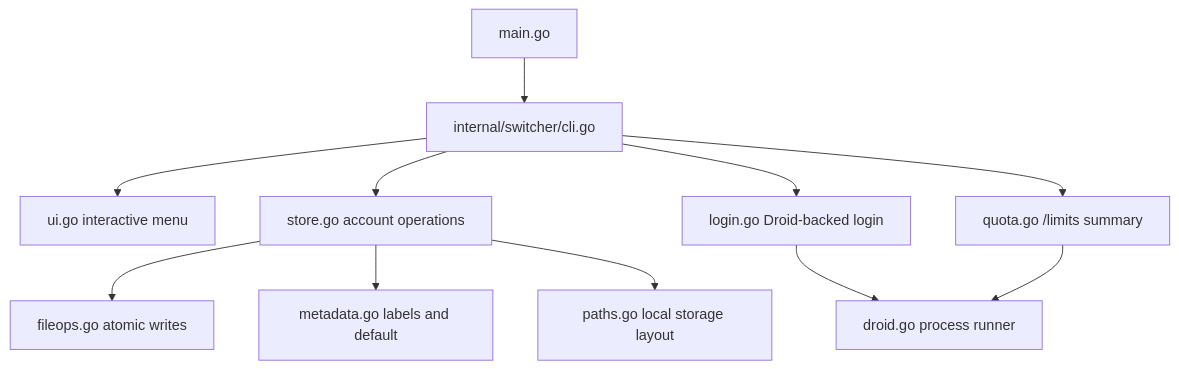
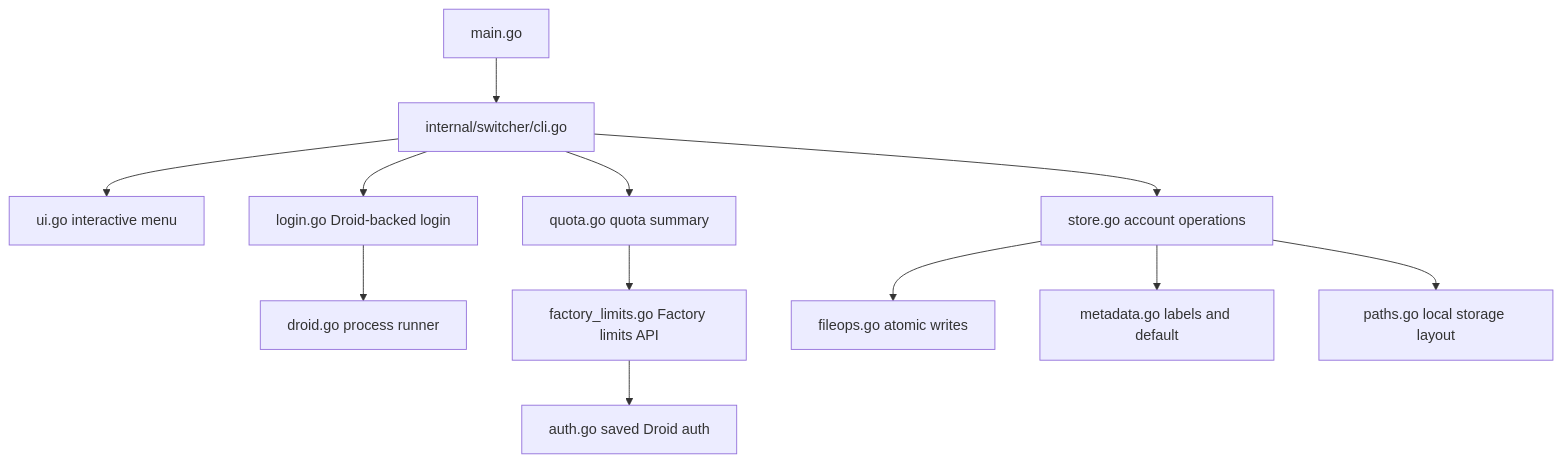
Before and after one commit to shariqriazz/droid-switcher: the diagram in docs/architecture.md, drawn with Mermaid. The commit also changed other lines of this file and 11 other files, not shown here.

````diff
--- a/docs/architecture.md
+++ b/docs/architecture.md
@@ -26,13 +28,14 @@
 ```mermaid
 flowchart TD
     A[main.go] --> B[internal/switcher/cli.go]
     B --> C[ui.go interactive menu]
     B --> D[store.go account operations]
     B --> E[login.go Droid-backed login]
-    B --> F[quota.go /limits summary]
+    B --> F[quota.go quota summary]
     E --> G[droid.go process runner]
-    F --> G
+    F --> K[factory_limits.go Factory limits API]
+    K --> L[auth.go saved Droid auth]
     D --> H[fileops.go atomic writes]
     D --> I[metadata.go labels and default]
     D --> J[paths.go local storage layout]
 ```
````
